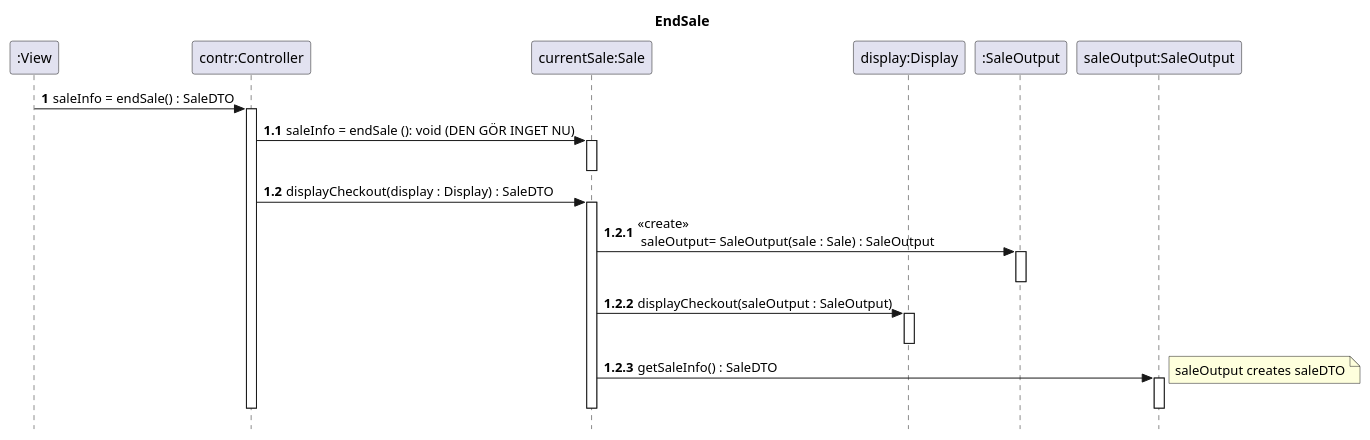
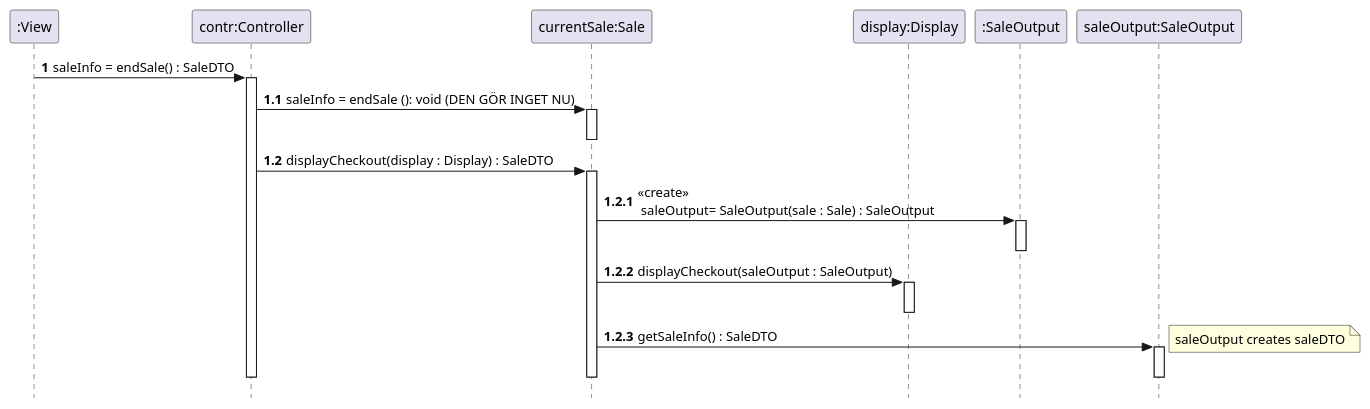
Before and after one commit to blomquiste/kth-iv1350-POS: the sixth of 8 diagrams in uml/uml_v3.puml, drawn with PlantUML. The commit also changed other lines of this file and 7 other files, not shown here.

```diff
--- a/uml/uml_v3.puml
+++ b/uml/uml_v3.puml
@@ -455,39 +455,39 @@
 @startuml
 skinparam style strictuml
-title EndSale
+'title EndSale
 
 participant ":View" as View
 participant "contr:Controller" as contr
 participant "currentSale:Sale" as currentSale
 participant "display:Display" as display
 participant ":SaleOutput" as SaleOutput
 participant "saleOutput:SaleOutput" as saleOutput
 
 autonumber 1
 View -> contr : saleInfo = endSale() : SaleDTO
 activate contr
 autonumber 1.1
 contr -> currentSale : saleInfo = endSale (): void (DEN GÖR INGET NU)
 activate currentSale
 deactivate currentSale
 autonumber 1.2
 contr -> currentSale : displayCheckout(display : Display) : SaleDTO
 activate currentSale
 autonumber 1.2.1
 currentSale -> SaleOutput : <<create>> \n saleOutput= SaleOutput(sale : Sale) : SaleOutput
 activate SaleOutput
 deactivate SaleOutput
 autonumber 1.2.2
 currentSale -> display : displayCheckout(saleOutput : SaleOutput)
 activate display
 deactivate display
 autonumber 1.2.3
 currentSale -> saleOutput : getSaleInfo() : SaleDTO
 activate saleOutput
 deactivate saleOutput
 deactivate currentSale
 deactivate contr
 note right: saleOutput creates saleDTO
 
 autonumber stop
 @enduml
```
